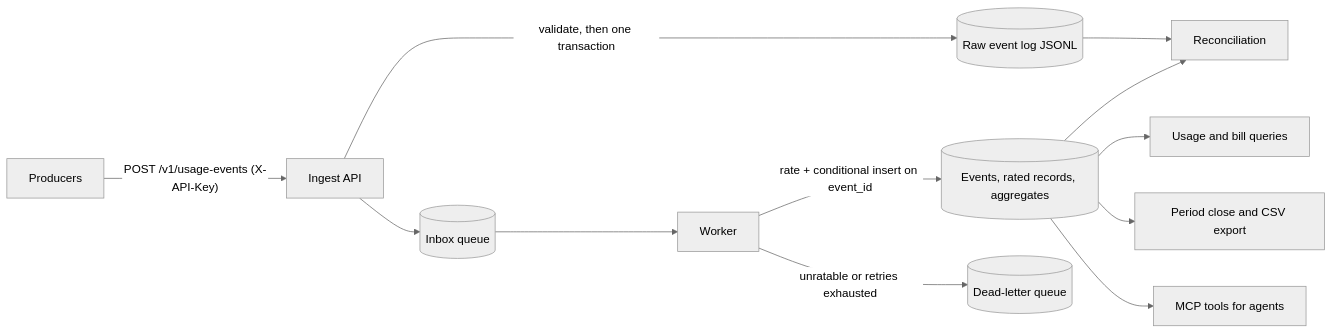
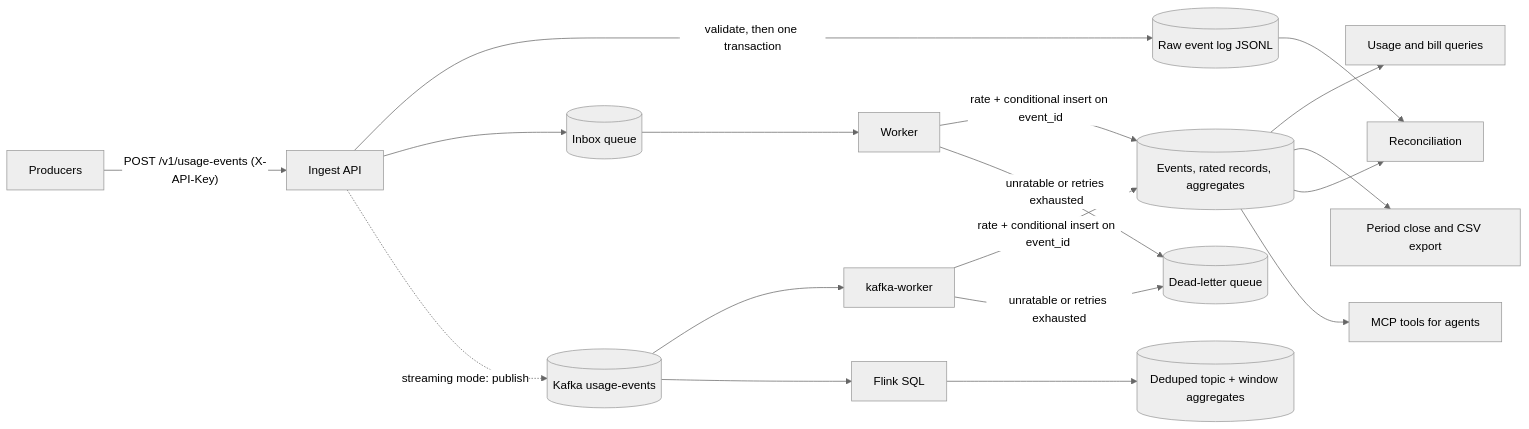
The diagram in README.md (MrKyaw/Agentic-Usage-Billing-Engine), drawn with Mermaid (neutral theme) before and after one commit. The commit also changed other lines of this file and 45 other files, not shown here.

First line of the commit message:
add runnable Kafka + Flink streaming runtime

````diff
--- a/README.md
+++ b/README.md
@@ -83,14 +92,20 @@
 ```mermaid
 flowchart LR
     producer[Producers] -->|"POST /v1/usage-events (X-API-Key)"| api[Ingest API]
     api -->|"validate, then one transaction"| rawlog[(Raw event log JSONL)]
     api --> inbox[(Inbox queue)]
     inbox --> worker[Worker]
-    worker -->|"rate + conditional insert on event_id"| store[(Events, rated records, aggregates)]
+    api -.->|"streaming mode: publish"| kafka[(Kafka usage-events)]
+    kafka --> kworker[kafka-worker]
+    kworker -->|"rate + conditional insert on event_id"| store[(Events, rated records, aggregates)]
+    kafka --> flink[Flink SQL]
+    flink --> readmodels[(Deduped topic + window aggregates)]
+    worker -->|"rate + conditional insert on event_id"| store
     worker -->|"unratable or retries exhausted"| dlq[(Dead-letter queue)]
+    kworker -->|"unratable or retries exhausted"| dlq
     store --> query[Usage and bill queries]
     store --> close[Period close and CSV export]
     rawlog --> recon[Reconciliation]
     store --> recon
     store --> mcp[MCP tools for agents]
 ```
````
